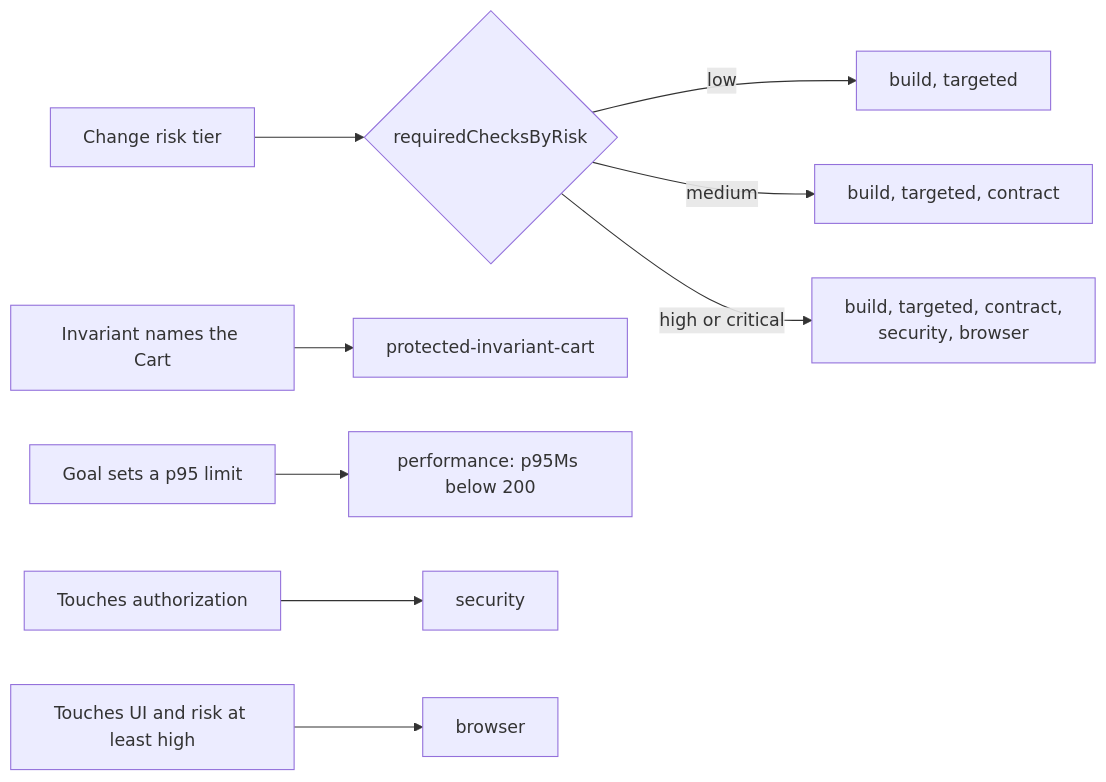
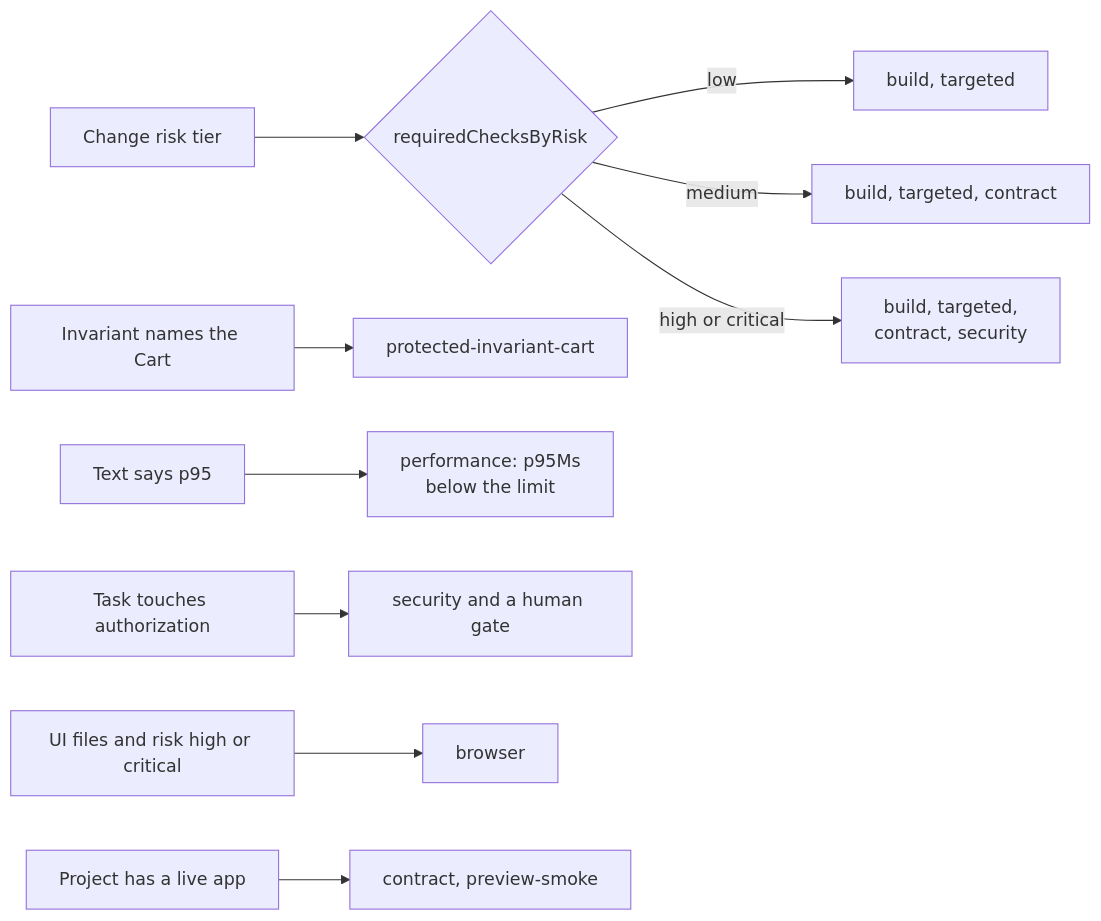
The fifth of 8 diagrams in docs/architecture/source-and-verification.md (nsudhanva/rhumbatron), drawn with Mermaid before and after one commit. The commit also changed other lines of this file and 47 other files, not shown here.

````diff
--- a/docs/architecture/source-and-verification.md
+++ b/docs/architecture/source-and-verification.md
@@ -177,11 +204,12 @@
 ```mermaid
 flowchart LR
   RISK["Change risk tier"] --> POL{"requiredChecksByRisk"}
   POL -->|"low"| LOW["build, targeted"]
   POL -->|"medium"| MED["build, targeted, contract"]
-  POL -->|"high or critical"| HIGH["build, targeted, contract,<br/>security, browser"]
+  POL -->|"high or critical"| HIGH["build, targeted,<br/>contract, security"]
   T1["Invariant names the Cart"] --> CART["protected-invariant-cart"]
-  T2["Goal sets a p95 limit"] --> PERF["performance: p95Ms below 200"]
-  T3["Touches authorization"] --> SEC["security"]
-  T4["Touches UI and risk at least high"] --> BRW["browser"]
+  T2["Text says p95"] --> PERF["performance: p95Ms<br/>below the limit"]
+  T3["Task touches authorization"] --> SEC["security and a human gate"]
+  T4["UI files and risk high or critical"] --> BRW["browser"]
+  T5["Project has a live app"] --> LIVE["contract, preview-smoke"]
 ```
````
